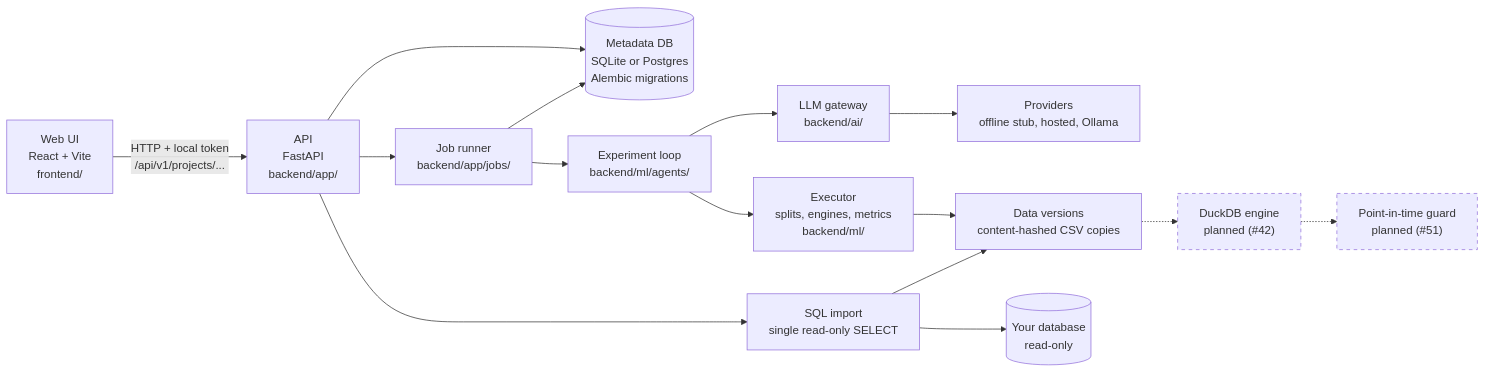
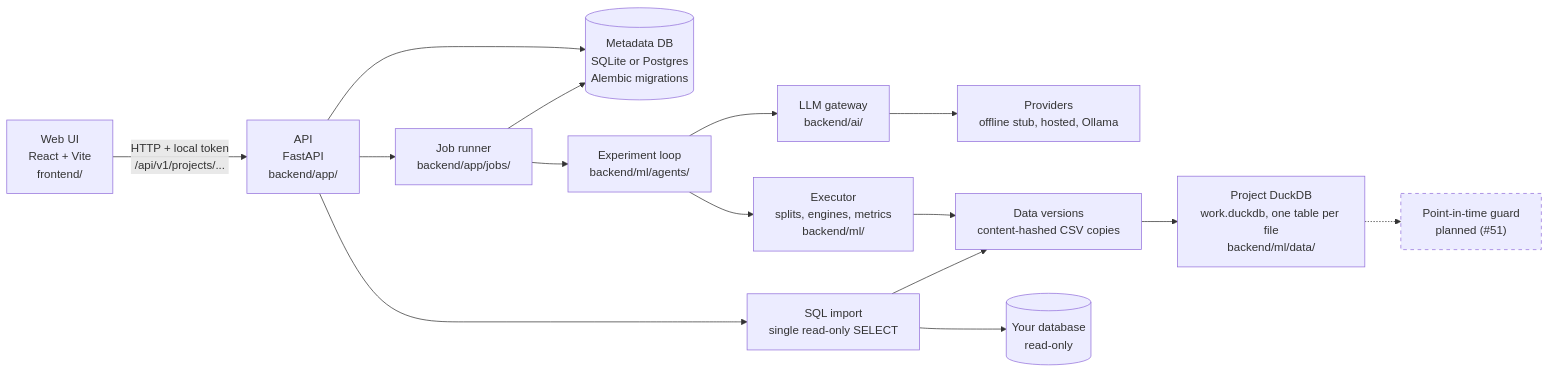
Before and after one commit to Harsh-Yadav-664/ML-Pilot: the first of 4 diagrams in docs/architecture.md, drawn with Mermaid. The commit also changed other lines of this file and 18 other files, not shown here.

First line of the commit message:
[2.1] DuckDB as the single internal engine (CSV/Parquet become one-table databases) (#125)

````diff
--- a/docs/architecture.md
+++ b/docs/architecture.md
@@ -7,21 +7,21 @@
 ```mermaid
 flowchart LR
     UI["Web UI<br/>React + Vite<br/>frontend/"] -->|"HTTP + local token<br/>/api/v1/projects/..."| API["API<br/>FastAPI<br/>backend/app/"]
     API --> Jobs["Job runner<br/>backend/app/jobs/"]
     API --> Meta[("Metadata DB<br/>SQLite or Postgres<br/>Alembic migrations")]
     Jobs --> Meta
     Jobs --> Agent["Experiment loop<br/>backend/ml/agents/"]
     Agent --> Exec["Executor<br/>splits, engines, metrics<br/>backend/ml/"]
     Agent --> GW["LLM gateway<br/>backend/ai/"]
     GW --> LLM["Providers<br/>offline stub, hosted, Ollama"]
     Exec --> Data["Data versions<br/>content-hashed CSV copies"]
     API --> SQLImport["SQL import<br/>single read-only SELECT"]
     SQLImport --> UserDB[("Your database<br/>read-only")]
     SQLImport --> Data
 
+    Data --> DuckDB["Project DuckDB<br/>work.duckdb, one table per file<br/>backend/ml/data/"]
+
     classDef planned stroke-dasharray: 5 5
-    DuckDB["DuckDB engine<br/>planned (#42)"]:::planned
     Guard["Point-in-time guard<br/>planned (#51)"]:::planned
-    Data -.-> DuckDB
     DuckDB -.-> Guard
 ```
````
